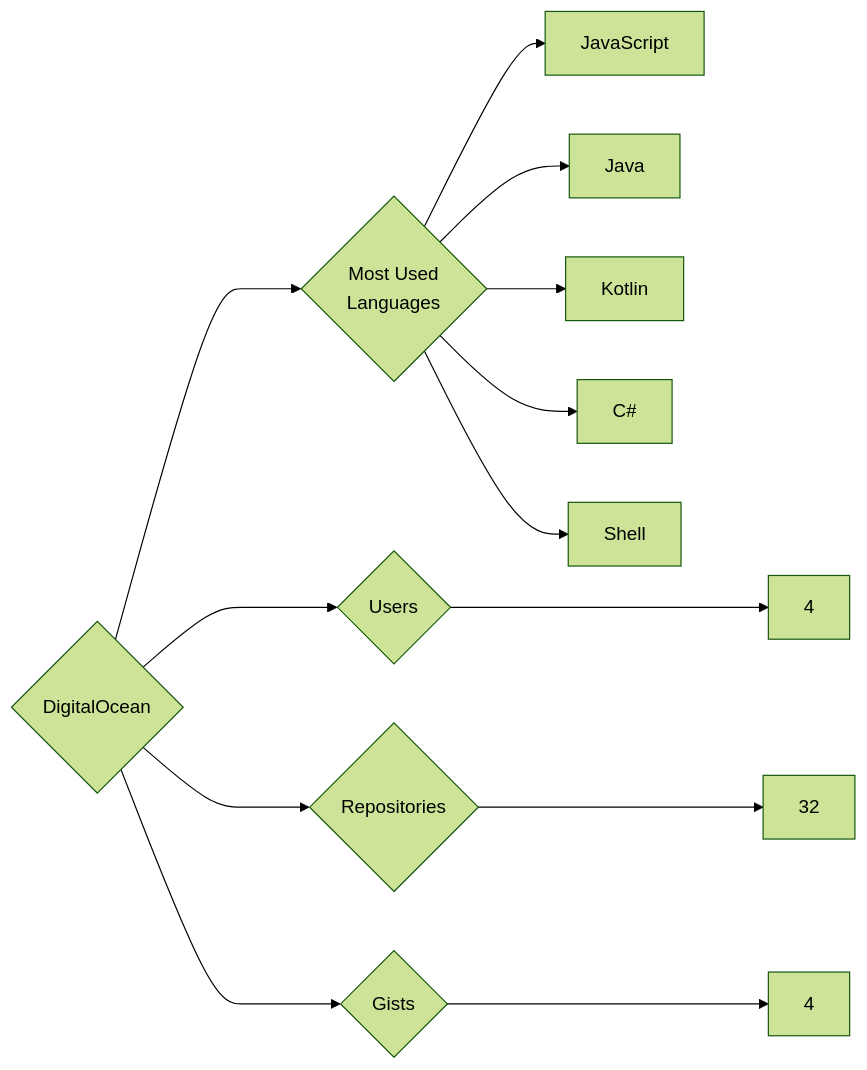
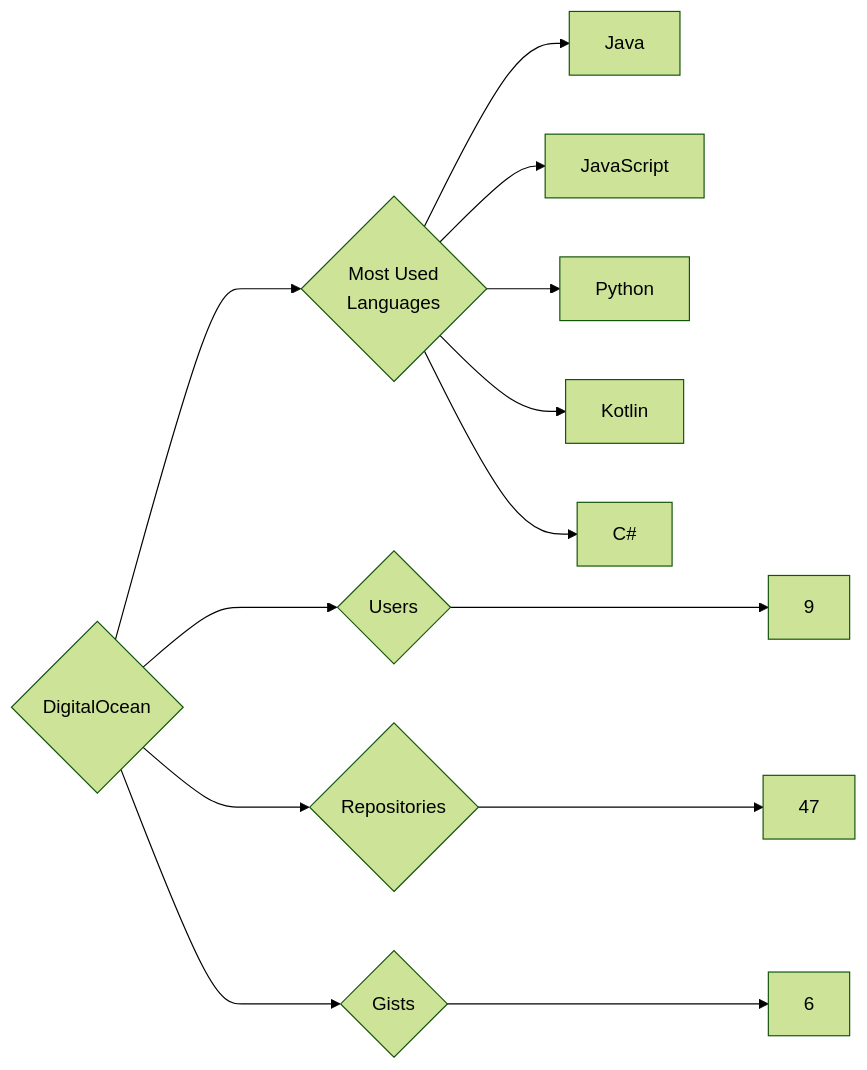
One commit to trickest/insiders changed the diagram in targets/DigitalOcean/README.md. Above: the diagram before and after it, drawn with Mermaid (forest theme). The commit also changed 1003 other files, not shown here.

````diff
--- a/targets/DigitalOcean/README.md
+++ b/targets/DigitalOcean/README.md
@@ -3,13 +3,13 @@
 ```mermaid
 graph LR
 COMPANY_NAME{DigitalOcean}
-COMPANY_NAME ---> U{Users} ---> UN[4]
-COMPANY_NAME ---> R{Repositories} ---> RN[32]
-COMPANY_NAME ---> G{Gists} ---> GN[4]
+COMPANY_NAME ---> U{Users} ---> UN[9]
+COMPANY_NAME ---> R{Repositories} ---> RN[47]
+COMPANY_NAME ---> G{Gists} ---> GN[6]
 COMPANY_NAME ---> ML{Most Used<br>Languages}
+ML --> Java[Java]
 ML --> JavaScript[JavaScript]
-ML --> Java[Java]
+ML --> Python[Python]
 ML --> Kotlin[Kotlin]
 ML --> C#[C#]
-ML --> Shell[Shell]
 ```
````
